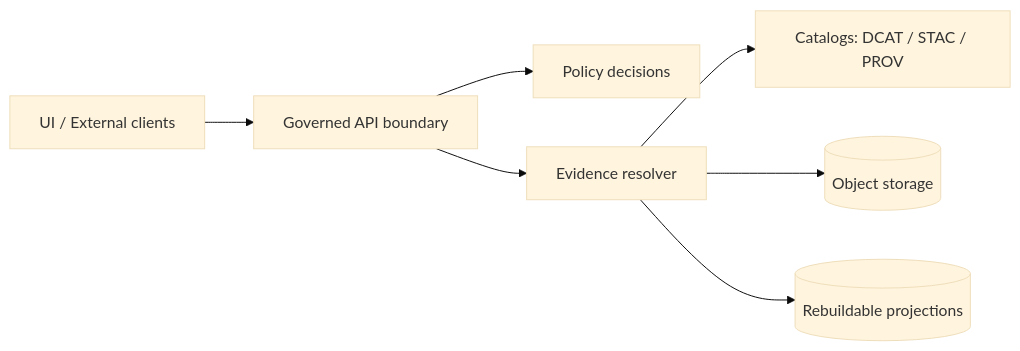
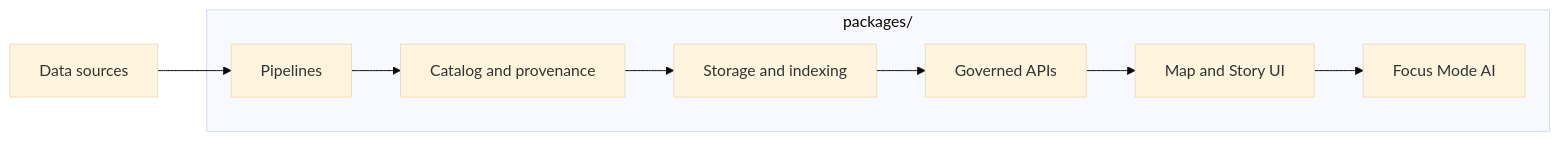
Before and after one commit to bartytime4life/Kansas-Frontier-Matrix: the diagram in packages/README.md, drawn with Mermaid (base theme). The commit also changed other lines of this file, not shown here.

First line of the commit message:
Revise README for packages directory

````diff
--- a/packages/README.md
+++ b/packages/README.md
@@ -139,9 +87,18 @@
 ```mermaid
-graph LR
-  UI[UI / External clients] --> API[Governed API boundary]
-  API --> Policy[Policy decisions]
-  API --> Evidence[Evidence resolver]
-  Evidence --> Catalogs[Catalogs: DCAT / STAC / PROV]
-  Evidence --> Storage[(Object storage)]
-  Evidence --> Indexes[(Rebuildable projections)]
+flowchart LR
+  A[Data sources] --> B[Pipelines]
+  B --> C[Catalog and provenance]
+  C --> D[Storage and indexing]
+  D --> E[Governed APIs]
+  E --> F[Map and Story UI]
+  F --> G[Focus Mode AI]
+
+  subgraph packages/
+    B
+    C
+    D
+    E
+    F
+    G
+  end
 ```
````
